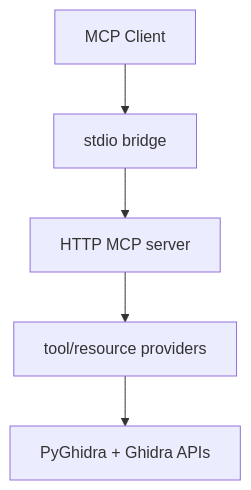
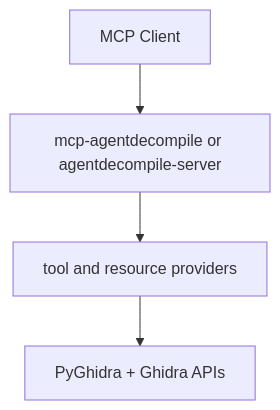
One commit to bolabaden/AgentDecompile changed the first of 2 diagrams in CONTRIBUTING.md. Above: the diagram before and after it, drawn with Mermaid. The commit also changed other lines of this file and 29 other files, not shown here.

````diff
--- a/CONTRIBUTING.md
+++ b/CONTRIBUTING.md
@@ -66,7 +66,6 @@
 ```mermaid
 flowchart TD
-  A[MCP Client] --> B[stdio bridge]
-  B --> C[HTTP MCP server]
-  C --> D[tool/resource providers]
-  D --> E[PyGhidra + Ghidra APIs]
+  A[MCP Client] --> B[mcp-agentdecompile or agentdecompile-server]
+  B --> C[tool and resource providers]
+  C --> D[PyGhidra + Ghidra APIs]
 ```
````
